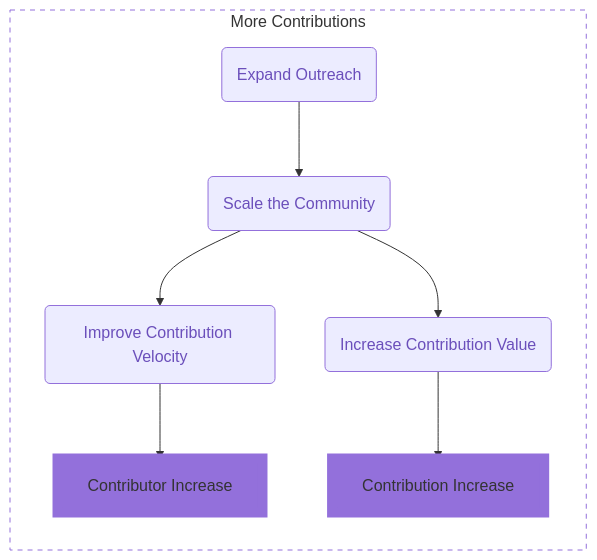
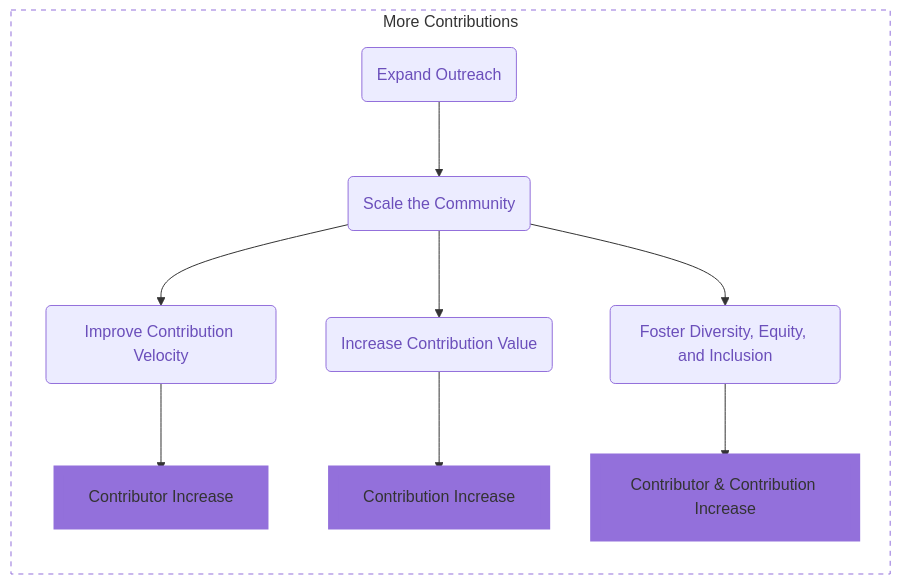
The diagram in content/handbook/engineering/open-source/growth-strategy.md (secretstartups/handbook), drawn with Mermaid before and after one commit. The commit also changed other lines of this file, not shown here.

Commit message:
Add DEI strategy and mermaid updates

````diff
--- a/content/handbook/engineering/open-source/growth-strategy.md
+++ b/content/handbook/engineering/open-source/growth-strategy.md
@@ -10,27 +10,34 @@
 ```mermaid
 flowchart LR
   subgraph moreContributions["More Contributions"]
     contributorIncrease["Contributor Increase"]
     contributionIncrease["Contribution Increase"]
+    bothIncrease["Contributor & Contribution Increase"]
     increaseValue("Increase Contribution Value")
     improveVelocity("Improve Contribution Velocity")
+    fosterDiversity("Foster Diversity, Equity, and Inclusion")
     scaleCommunity("Scale the Community")
     expandOutreach("Expand Outreach")
     scaleCommunity-->improveVelocity
     scaleCommunity-->increaseValue
+    scaleCommunity-->fosterDiversity
     expandOutreach-->scaleCommunity
     increaseValue-->contributionIncrease
     improveVelocity-->contributorIncrease
+    fosterDiversity-->bothIncrease
   end
   style moreContributions fill:#FFF, stroke:#9370DB, stroke-dasharray: 5 5
   style contributionIncrease fill:#9370DB,stroke:#9370DB,stroke-width:10px
   style contributorIncrease fill:#9370DB,stroke:#9370DB,stroke-width:10px
+  style bothIncrease fill:#9370DB,stroke:#9370DB,stroke-width:10px
   style improveVelocity color:#6b4fbb, stroke:#9370DB
   style increaseValue color:#6b4fbb, stroke:#9370DB
+  style fosterDiversity color:#6b4fbb, stroke:#9370DB
   style expandOutreach color:#6b4fbb, stroke:#9370DB
   style scaleCommunity color:#6b4fbb, stroke:#9370DB
   click improveVelocity "./#improve-contribution-velocity" _self
   click increaseValue "./#increase-contribution-value" _self
+  click fosterDiversity "./#foster-diversity-equity-inclusion" _self
   click expandOutreach "./#expand-outreach" _self
   click scaleCommunity "./#scale-the-community" _self
  ```
````
